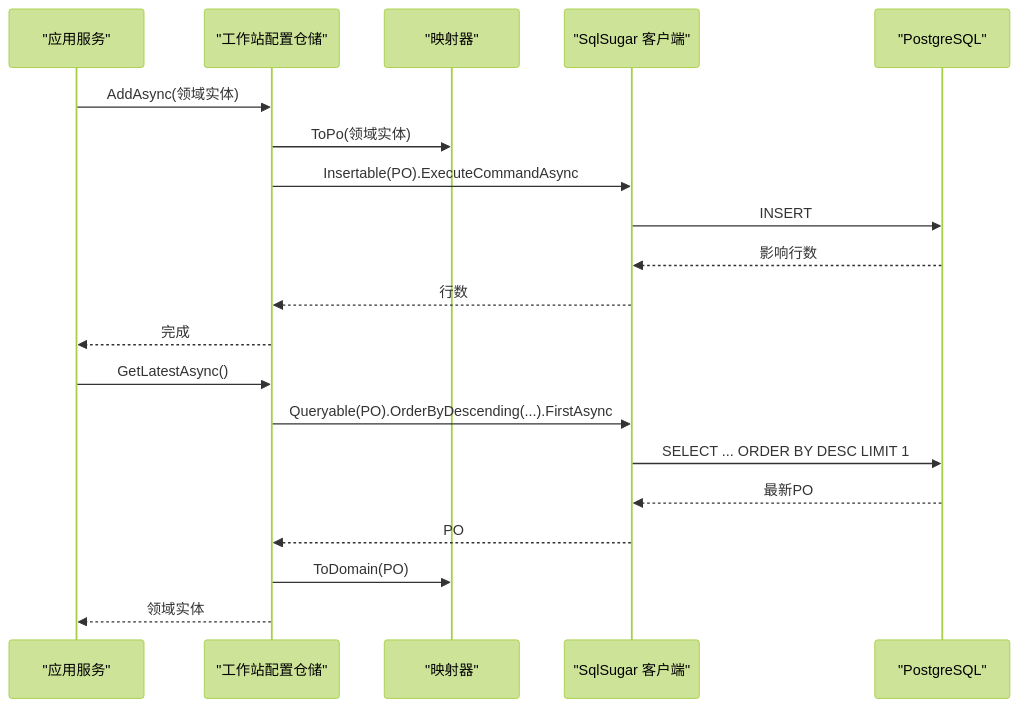
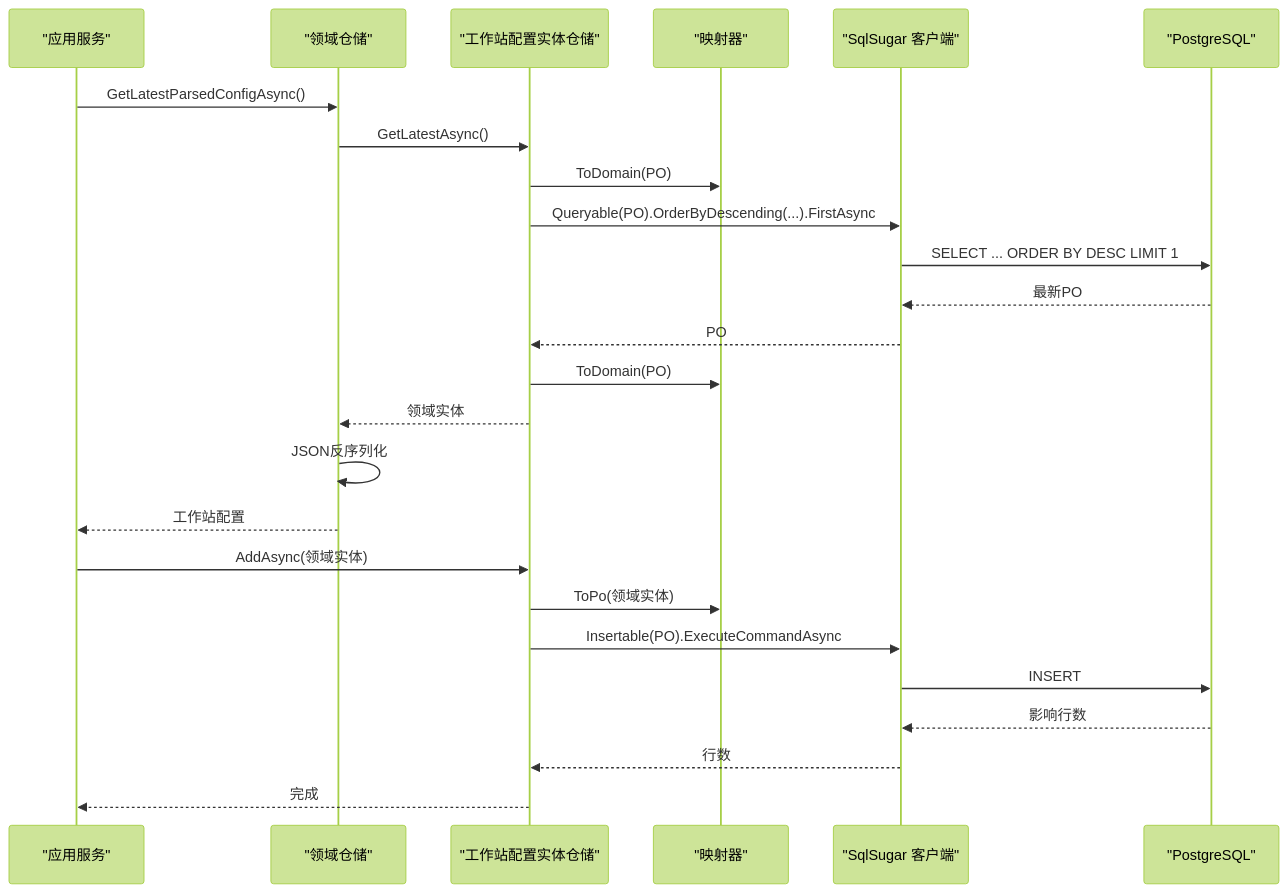
The fifth of 9 diagrams in .qoder/repowiki/zh/content/数据持久化/数据持久化.md (whitemousetl/IndustrialDataSolution), drawn with Mermaid (forest theme) before and after one commit. The commit also changed other lines of this file and 18 other files, not shown here.

````diff
--- a/.qoder/repowiki/zh/content/数据持久化/数据持久化.md
+++ b/.qoder/repowiki/zh/content/数据持久化/数据持久化.md
@@ -222,22 +237,27 @@
 ```mermaid
 sequenceDiagram
 participant App as "应用服务"
-participant WSRepo as "工作站配置仓储"
+participant EndRepo as "领域仓储"
+participant WSRepo as "工作站配置实体仓储"
 participant Mapper as "映射器"
 participant DB as "SqlSugar 客户端"
 participant PG as "PostgreSQL"
+App->>EndRepo : GetLatestParsedConfigAsync()
+EndRepo->>WSRepo : GetLatestAsync()
+WSRepo->>Mapper : ToDomain(PO)
+WSRepo->>DB : Queryable(PO).OrderByDescending(...).FirstAsync
+DB->>PG : SELECT ... ORDER BY DESC LIMIT 1
+PG-->>DB : 最新PO
+DB-->>WSRepo : PO
+WSRepo->>Mapper : ToDomain(PO)
+WSRepo-->>EndRepo : 领域实体
+EndRepo->>EndRepo : JSON反序列化
+EndRepo-->>App : 工作站配置
 App->>WSRepo : AddAsync(领域实体)
 WSRepo->>Mapper : ToPo(领域实体)
 WSRepo->>DB : Insertable(PO).ExecuteCommandAsync
 DB->>PG : INSERT
 PG-->>DB : 影响行数
 DB-->>WSRepo : 行数
 WSRepo-->>App : 完成
-App->>WSRepo : GetLatestAsync()
-WSRepo->>DB : Queryable(PO).OrderByDescending(...).FirstAsync
-DB->>PG : SELECT ... ORDER BY DESC LIMIT 1
-PG-->>DB : 最新PO
-DB-->>WSRepo : PO
-WSRepo->>Mapper : ToDomain(PO)
-WSRepo-->>App : 领域实体
 ```
````
